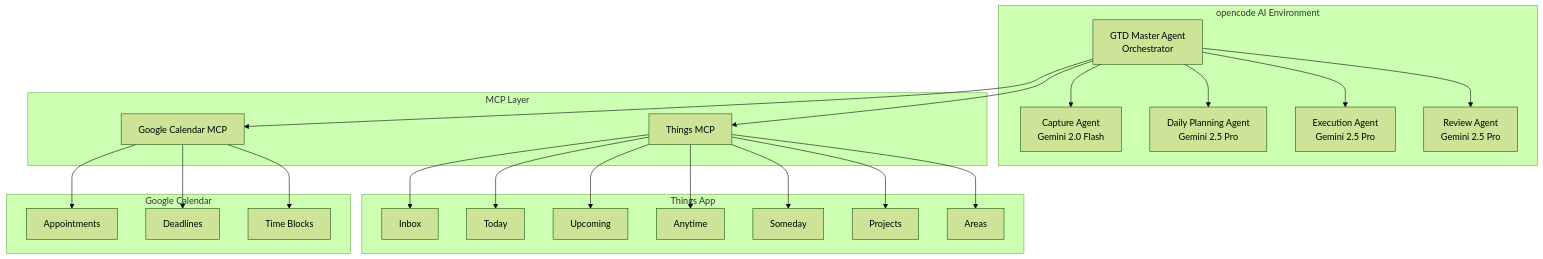
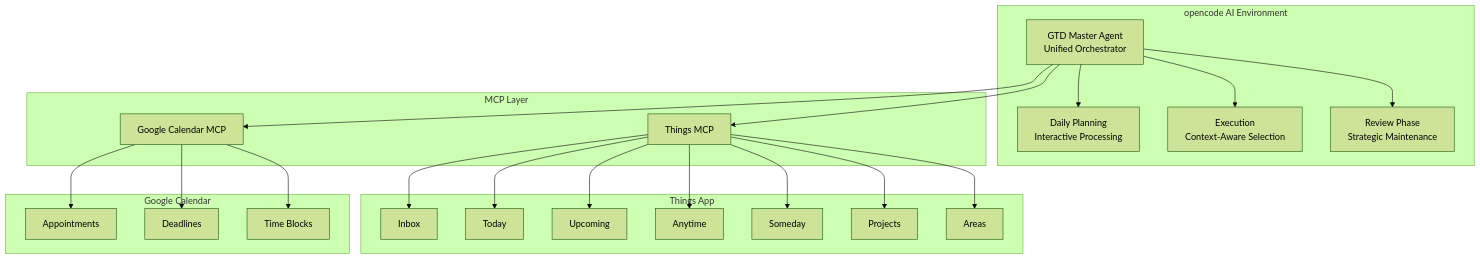
The first of 3 diagrams in README.md (realYushi/gtd-v2), drawn with Mermaid (forest theme) before and after one commit. The commit also changed other lines of this file and 1 other file, not shown here.

````diff
--- a/README.md
+++ b/README.md
@@ -65,49 +64,47 @@
 ```mermaid
 graph TB
     subgraph "opencode AI Environment"
-        GTD[GTD Master Agent<br/>Orchestrator]
-        CAP[Capture Agent<br/>Gemini 2.0 Flash]
-        PLAN[Daily Planning Agent<br/>Gemini 2.5 Pro]
-        EXEC[Execution Agent<br/>Gemini 2.5 Pro]
-        REV[Review Agent<br/>Gemini 2.5 Pro]
+        GTD[GTD Master Agent<br/>Unified Orchestrator]
+        PLAN[Daily Planning<br/>Interactive Processing]
+        EXEC[Execution<br/>Context-Aware Selection]
+        REV[Review Phase<br/>Strategic Maintenance]
 
-        GTD --> CAP
         GTD --> PLAN
         GTD --> EXEC
         GTD --> REV
     end
 
     subgraph "MCP Layer"
         TMCP[Things MCP]
         GCMCP[Google Calendar MCP]
     end
 
     subgraph "Things App"
         INBOX[Inbox]
         TODAY[Today]
         UPCOMING[Upcoming]
         ANYTIME[Anytime]
         SOMEDAY[Someday]
         PROJECTS[Projects]
         AREAS[Areas]
     end
 
     subgraph "Google Calendar"
         APPT[Appointments]
         DEAD[Deadlines]
         BLOCKS[Time Blocks]
     end
 
     GTD --> TMCP
     GTD --> GCMCP
     TMCP --> INBOX
     TMCP --> TODAY
     TMCP --> UPCOMING
     TMCP --> ANYTIME
     TMCP --> SOMEDAY
     TMCP --> PROJECTS
     TMCP --> AREAS
     GCMCP --> APPT
     GCMCP --> DEAD
     GCMCP --> BLOCKS
 ```
````
